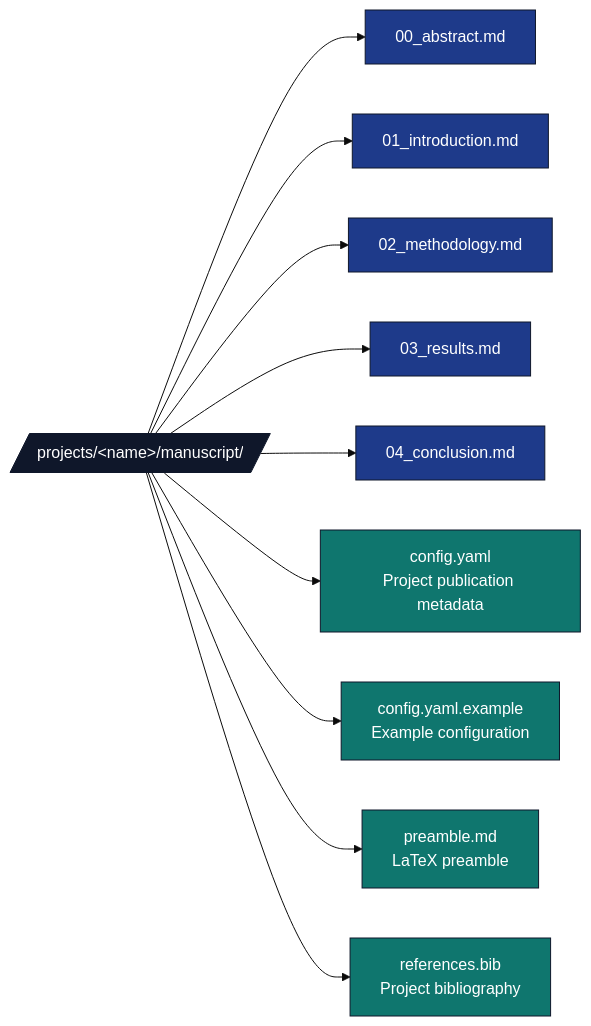
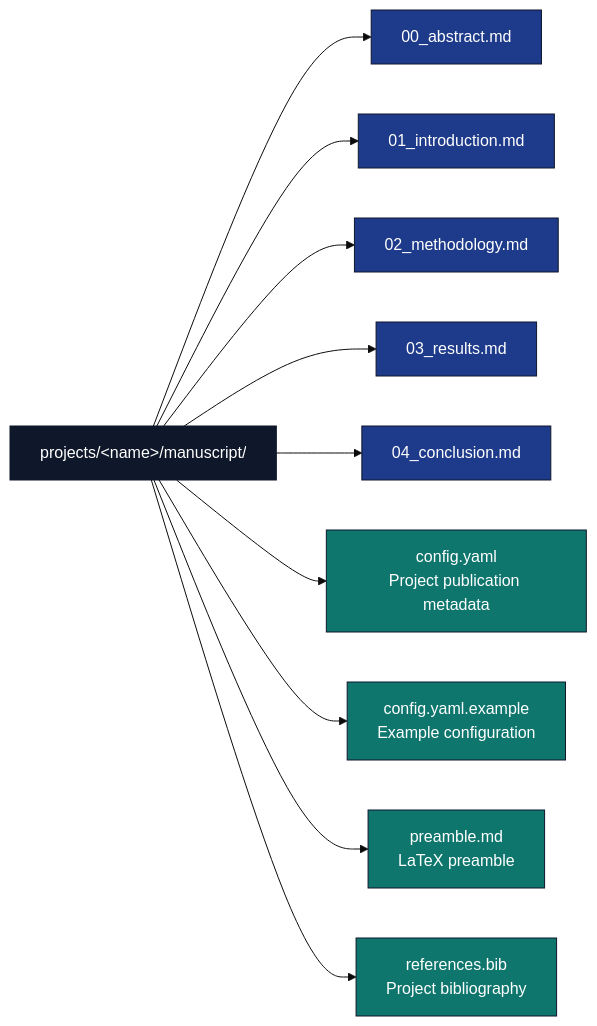
One commit to docxology/template changed the third of 4 diagrams in projects/PROJECTS_PARADIGM.md. Above: the diagram before and after it, drawn with Mermaid (base theme). The commit also changed other lines of this file and 94 other files, not shown here.

````diff
--- a/projects/PROJECTS_PARADIGM.md
+++ b/projects/PROJECTS_PARADIGM.md
@@ -364,20 +364,20 @@
 ```mermaid
 flowchart LR
-    M[/projects/&lt;name&gt;/manuscript//]
+    M[projects/&lt;name&gt;/manuscript/]
     M --> S00[00_abstract.md]
     M --> S01[01_introduction.md]
     M --> S02[02_methodology.md]
     M --> S03[03_results.md]
     M --> S04[04_conclusion.md]
     M --> CFG[config.yaml<br/>Project publication metadata]
     M --> CFGEX[config.yaml.example<br/>Example configuration]
     M --> PRE[preamble.md<br/>LaTeX preamble]
     M --> BIB[references.bib<br/>Project bibliography]
 
     classDef d fill:#0f172a,stroke:#0f172a,color:#fff
     classDef sect fill:#1e3a8a,stroke:#0f172a,color:#fff
     classDef cfg fill:#0f766e,stroke:#0f172a,color:#fff
     class M d
     class S00,S01,S02,S03,S04 sect
     class CFG,CFGEX,PRE,BIB cfg
 ```
````
